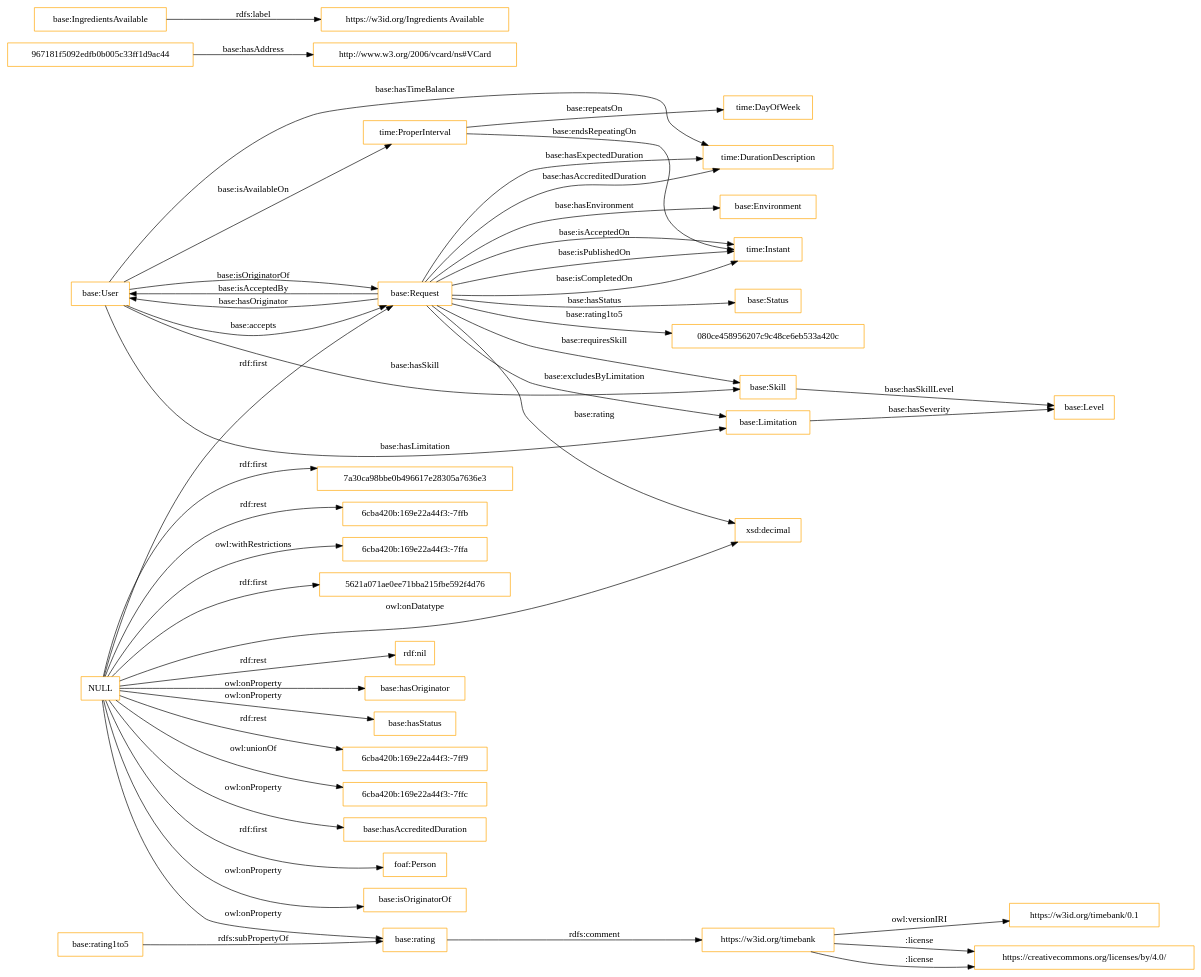
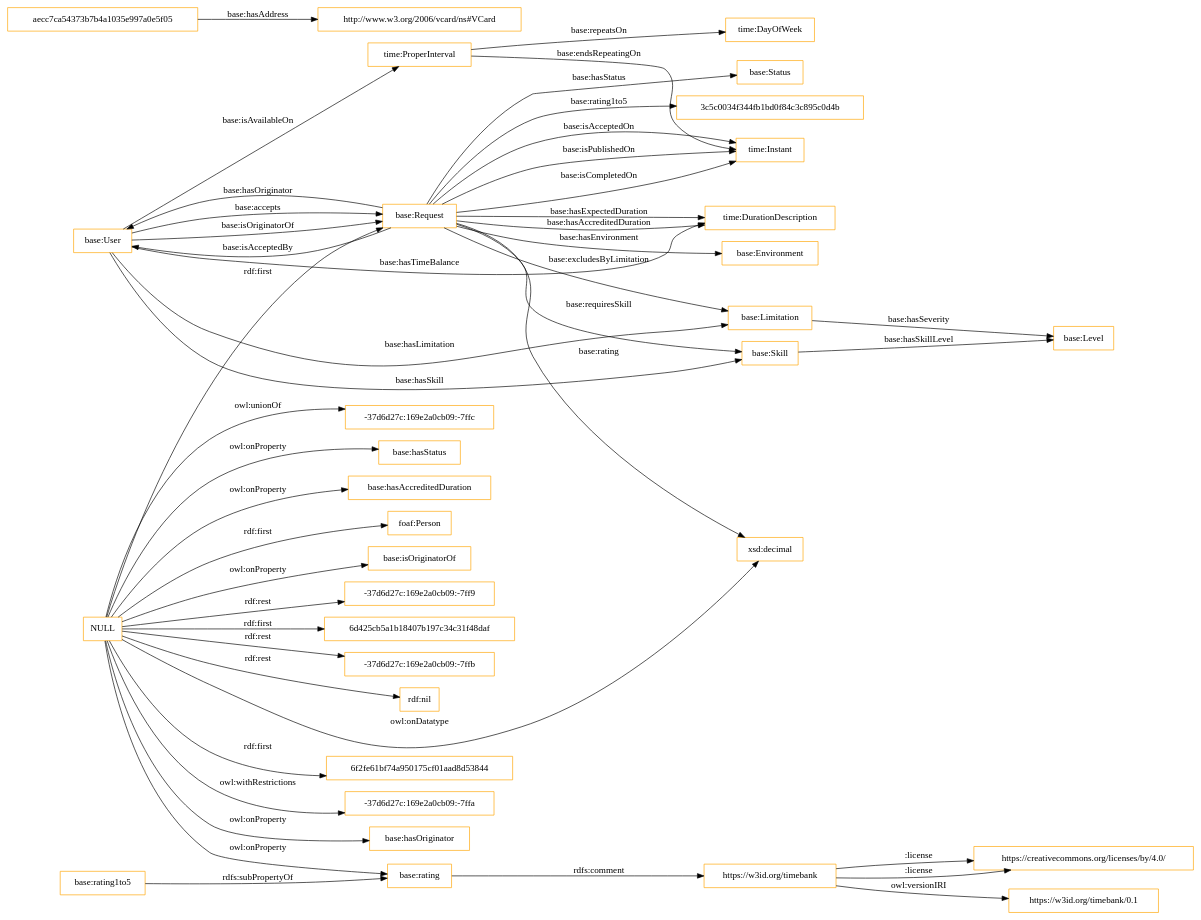
Before and after one commit to tobiasgrubenmann/Timebank: the diagram in OnToology/timebank.owl/diagrams/ar2dtool-class/timebank.owl.png.dot, drawn with Graphviz. The commit also changed 9 other files, not shown here.

```diff
--- a/OnToology/timebank.owl/diagrams/ar2dtool-class/timebank.owl.png.dot
+++ b/OnToology/timebank.owl/diagrams/ar2dtool-class/timebank.owl.png.dot
@@ -1,51 +1,50 @@
 digraph ar2dtool_diagram { 
 rankdir=LR;
 size="1501"
-node [shape = rectangle, color="orange"]; "time:Instant" "967181f5092edfb0b005c33ff1d9ac44" "time:DayOfWeek" "time:ProperInterval" "base:Level" "foaf:Person" "base:Limitation" "base:User" "base:Environment" "base:IngredientsAvailable" "time:DurationDescription" "base:Status" "http://www.w3.org/2006/vcard/ns#VCard" "base:Request" "base:Skill" ; /*classes style*/
+node [shape = rectangle, color="orange"]; "time:Instant" "time:DayOfWeek" "time:ProperInterval" "base:Level" "foaf:Person" "base:Limitation" "base:User" "base:Environment" "time:DurationDescription" "base:Status" "http://www.w3.org/2006/vcard/ns#VCard" "base:Request" "aecc7ca54373b7b4a1035e997a0e5f05" "base:Skill" ; /*classes style*/
 	"NULL" -> "base:isOriginatorOf" [ label = "owl:onProperty" ];
-	"NULL" -> "7a30ca98bbe0b496617e28305a7636e3" [ label = "rdf:first" ];
 	"NULL" -> "foaf:Person" [ label = "rdf:first" ];
-	"NULL" -> "6cba420b:169e22a44f3:-7ffb" [ label = "rdf:rest" ];
-	"NULL" -> "6cba420b:169e22a44f3:-7ffa" [ label = "owl:withRestrictions" ];
-	"NULL" -> "5621a071ae0ee71bba215fbe592f4d76" [ label = "rdf:first" ];
+	"NULL" -> "-37d6d27c:169e2a0cb09:-7ff9" [ label = "rdf:rest" ];
+	"NULL" -> "6d425cb5a1b18407b197c34c31f48daf" [ label = "rdf:first" ];
+	"NULL" -> "-37d6d27c:169e2a0cb09:-7ffb" [ label = "rdf:rest" ];
 	"NULL" -> "rdf:nil" [ label = "rdf:rest" ];
+	"NULL" -> "6f2fe61bf74a950175cf01aad8d53844" [ label = "rdf:first" ];
+	"NULL" -> "-37d6d27c:169e2a0cb09:-7ffa" [ label = "owl:withRestrictions" ];
 	"NULL" -> "base:Request" [ label = "rdf:first" ];
 	"NULL" -> "base:hasOriginator" [ label = "owl:onProperty" ];
 	"NULL" -> "xsd:decimal" [ label = "owl:onDatatype" ];
+	"NULL" -> "-37d6d27c:169e2a0cb09:-7ffc" [ label = "owl:unionOf" ];
 	"NULL" -> "base:hasStatus" [ label = "owl:onProperty" ];
-	"NULL" -> "6cba420b:169e22a44f3:-7ff9" [ label = "rdf:rest" ];
 	"NULL" -> "base:rating" [ label = "owl:onProperty" ];
-	"NULL" -> "6cba420b:169e22a44f3:-7ffc" [ label = "owl:unionOf" ];
 	"NULL" -> "base:hasAccreditedDuration" [ label = "owl:onProperty" ];
 	"base:rating" -> "https://w3id.org/timebank" [ label = "rdfs:comment" ];
 	"https://w3id.org/timebank" -> "https://creativecommons.org/licenses/by/4.0/" [ label = ":license" ];
 	"https://w3id.org/timebank" -> "https://w3id.org/timebank/0.1" [ label = "owl:versionIRI" ];
 	"https://w3id.org/timebank" -> "https://creativecommons.org/licenses/by/4.0/" [ label = ":license" ];
-	"base:IngredientsAvailable" -> "https://w3id.org/Ingredients Available" [ label = "rdfs:label" ];
 	"base:rating1to5" -> "base:rating" [ label = "rdfs:subPropertyOf" ];
 	"time:ProperInterval" -> "time:Instant" [ label = "base:endsRepeatingOn" ];
 	"base:Limitation" -> "base:Level" [ label = "base:hasSeverity" ];
 	"base:Request" -> "time:Instant" [ label = "base:isPublishedOn" ];
 	"base:Request" -> "base:User" [ label = "base:isAcceptedBy" ];
 	"base:Request" -> "base:Environment" [ label = "base:hasEnvironment" ];
 	"base:Request" -> "base:Status" [ label = "base:hasStatus" ];
 	"base:Request" -> "time:Instant" [ label = "base:isCompletedOn" ];
 	"base:Request" -> "xsd:decimal" [ label = "base:rating" ];
 	"base:Request" -> "base:Limitation" [ label = "base:excludesByLimitation" ];
 	"base:User" -> "base:Skill" [ label = "base:hasSkill" ];
 	"time:ProperInterval" -> "time:DayOfWeek" [ label = "base:repeatsOn" ];
 	"base:Request" -> "time:Instant" [ label = "base:isAcceptedOn" ];
 	"base:Request" -> "time:DurationDescription" [ label = "base:hasAccreditedDuration" ];
 	"base:User" -> "base:Request" [ label = "base:accepts" ];
 	"base:User" -> "time:ProperInterval" [ label = "base:isAvailableOn" ];
 	"base:Request" -> "time:DurationDescription" [ label = "base:hasExpectedDuration" ];
 	"base:User" -> "base:Limitation" [ label = "base:hasLimitation" ];
 	"base:User" -> "time:DurationDescription" [ label = "base:hasTimeBalance" ];
 	"base:User" -> "base:Request" [ label = "base:isOriginatorOf" ];
-	"967181f5092edfb0b005c33ff1d9ac44" -> "http://www.w3.org/2006/vcard/ns#VCard" [ label = "base:hasAddress" ];
+	"aecc7ca54373b7b4a1035e997a0e5f05" -> "http://www.w3.org/2006/vcard/ns#VCard" [ label = "base:hasAddress" ];
 	"base:Skill" -> "base:Level" [ label = "base:hasSkillLevel" ];
 	"base:Request" -> "base:Skill" [ label = "base:requiresSkill" ];
 	"base:Request" -> "base:User" [ label = "base:hasOriginator" ];
-	"base:Request" -> "080ce458956207c9c48ce6eb533a420c" [ label = "base:rating1to5" ];
+	"base:Request" -> "3c5c0034f344fb1bd0f84c3c895c0d4b" [ label = "base:rating1to5" ];
 
 }
```
